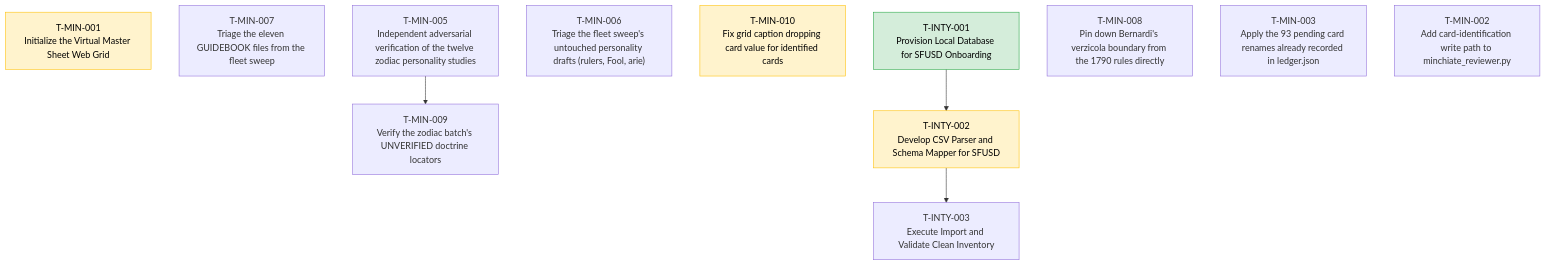
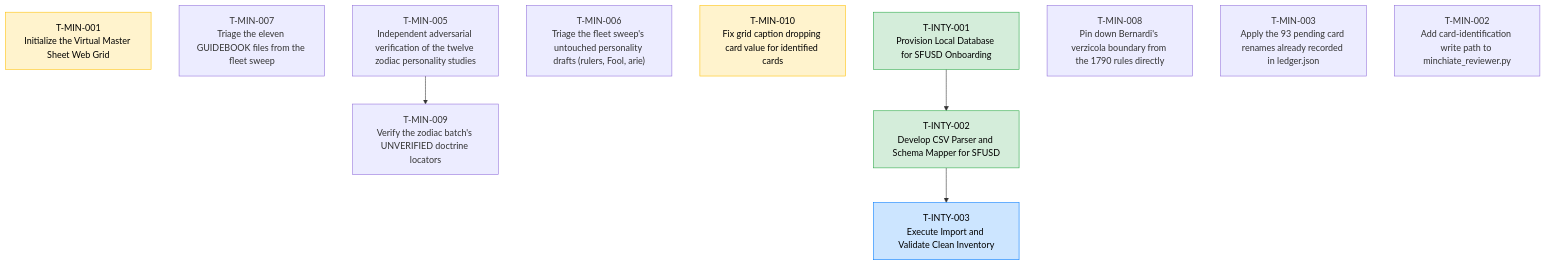
Before and after one commit to wgmilleriii/task_coordinator: the diagram in TASKS.md, drawn with Mermaid. The commit also changed other lines of this file and 3 other files, not shown here.

````diff
--- a/TASKS.md
+++ b/TASKS.md
@@ -7,22 +7,22 @@
 ```mermaid
 graph TD
     classDef done fill:#d4edda,stroke:#28a745,color:#000;
     classDef blocked fill:#f8d7da,stroke:#dc3545,color:#000;
     classDef review fill:#fff3cd,stroke:#ffc107,color:#000;
     classDef active fill:#cce5ff,stroke:#007bff,color:#000;
     T-MIN-001["T-MIN-001<br/>Initialize the Virtual Master Sheet Web Grid"]:::review
     T-MIN-007["T-MIN-007<br/>Triage the eleven GUIDEBOOK files from the fleet sweep"]
     T-INTY-001["T-INTY-001<br/>Provision Local Database for SFUSD Onboarding"]:::done
     T-MIN-006["T-MIN-006<br/>Triage the fleet sweep's untouched personality drafts (rulers, Fool, arie)"]
     T-MIN-010["T-MIN-010<br/>Fix grid caption dropping card value for identified cards"]:::review
     T-MIN-005["T-MIN-005<br/>Independent adversarial verification of the twelve zodiac personality studies"]
     T-MIN-009["T-MIN-009<br/>Verify the zodiac batch's UNVERIFIED doctrine locators"]
     T-MIN-005 --> T-MIN-009
-    T-INTY-003["T-INTY-003<br/>Execute Import and Validate Clean Inventory"]
+    T-INTY-003["T-INTY-003<br/>Execute Import and Validate Clean Inventory"]:::active
     T-INTY-002 --> T-INTY-003
-    T-INTY-002["T-INTY-002<br/>Develop CSV Parser and Schema Mapper for SFUSD"]:::review
+    T-INTY-002["T-INTY-002<br/>Develop CSV Parser and Schema Mapper for SFUSD"]:::done
     T-INTY-001 --> T-INTY-002
     T-MIN-008["T-MIN-008<br/>Pin down Bernardi's verzicola boundary from the 1790 rules directly"]
     T-MIN-003["T-MIN-003<br/>Apply the 93 pending card renames already recorded in ledger.json"]
     T-MIN-002["T-MIN-002<br/>Add card-identification write path to minchiate_reviewer.py"]
 ```
````
